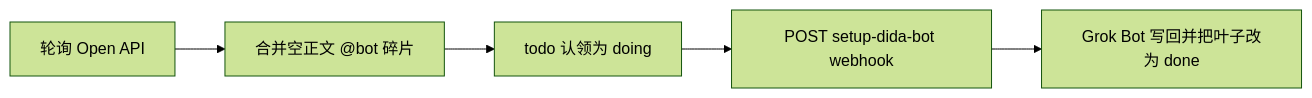
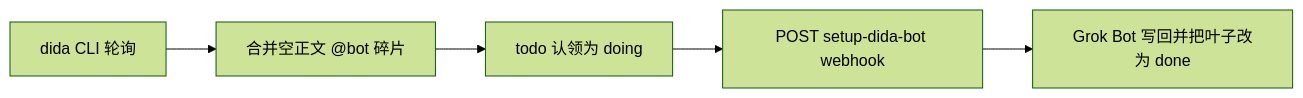
One commit to dulk-dev/setup-dida-bot changed the diagram in README.md. Above: the diagram before and after it, drawn with Mermaid (forest theme). The commit also changed other lines of this file and 10 other files, not shown here.

First line of the commit message:
feat: drive Dida via the dida CLI

````diff
--- a/README.md
+++ b/README.md
@@ -17,7 +17,7 @@
 ```mermaid
 flowchart LR
-  poll["轮询 Open API"] --> merge["合并空正文 @bot 碎片"]
+  poll["dida CLI 轮询"] --> merge["合并空正文 @bot 碎片"]
   merge --> claim["todo 认领为 doing"]
   claim --> hook["POST setup-dida-bot webhook"]
   hook --> bot["Grok Bot 写回并把叶子改为 done"]
 ```
````
